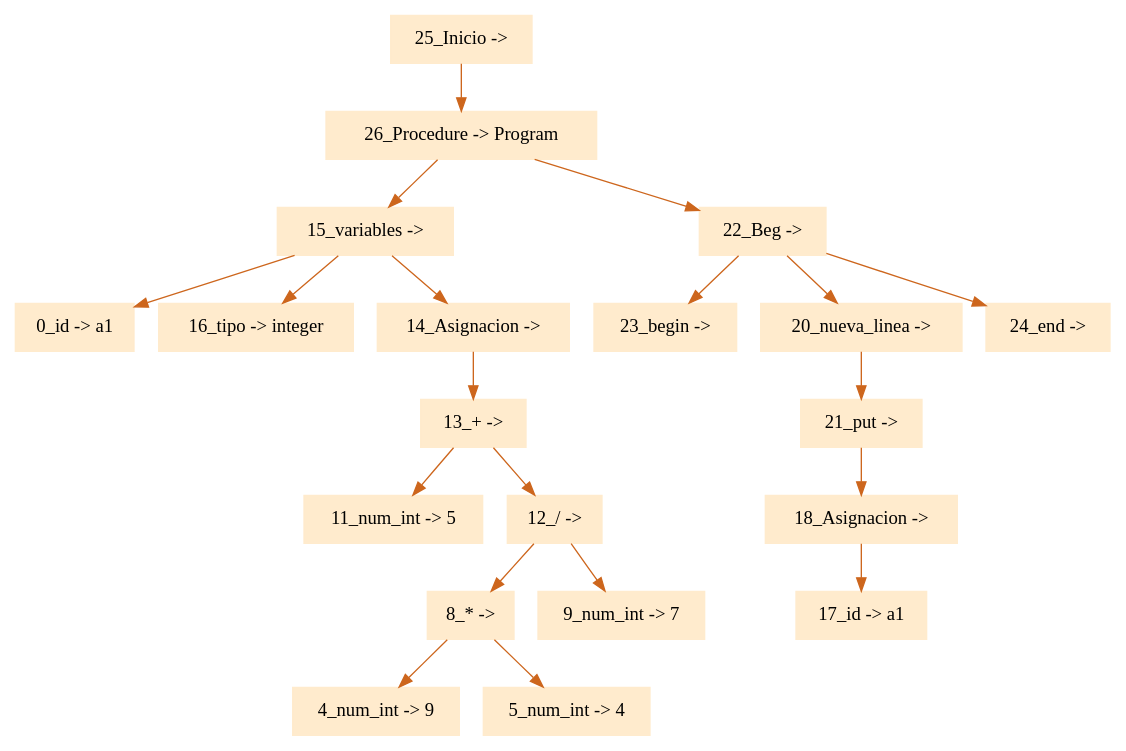
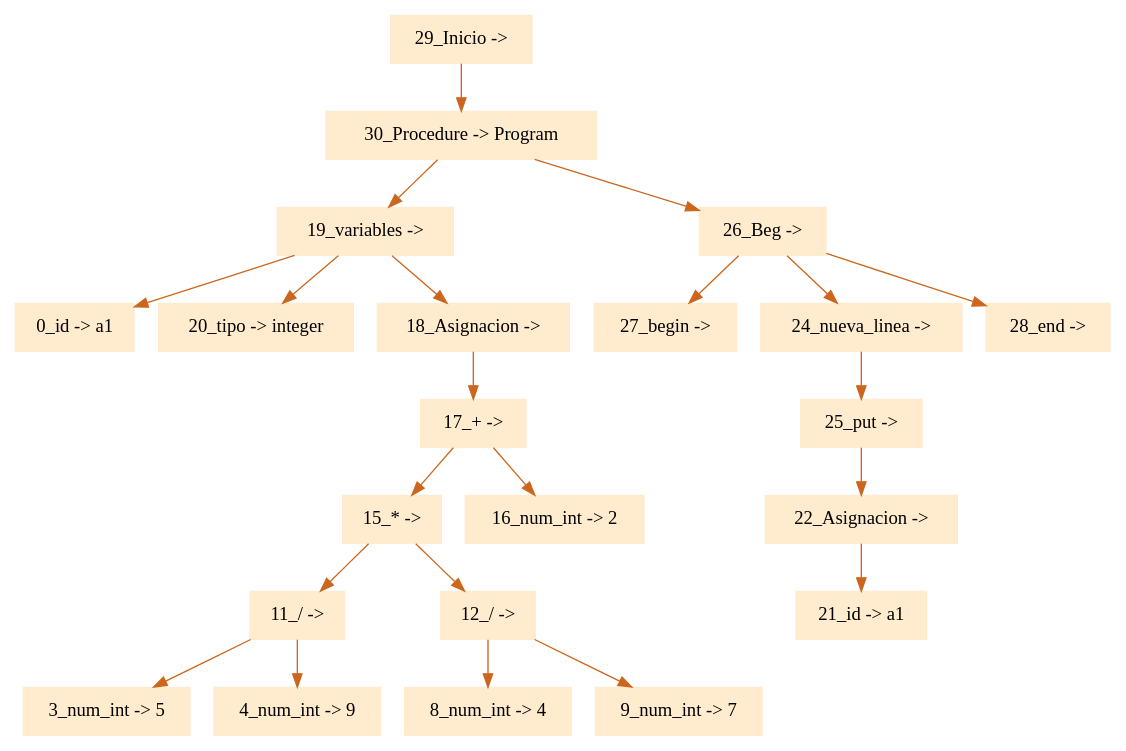
One commit to eliasgz97/Proyecto_Compiladores changed the diagram in ProyectoCompiladores/arbol.dot. Above: the diagram before and after it, drawn with Graphviz. The commit also changed 3 other files, not shown here.

```diff
--- a/ProyectoCompiladores/arbol.dot
+++ b/ProyectoCompiladores/arbol.dot
@@ -1,24 +1,26 @@
 digraph G {node[shape=box, style=filled, color=blanchedalmond]; edge[color=chocolate3];rankdir=UD 
 
-"25_Inicio -> "->"26_Procedure -> Program"
-"26_Procedure -> Program"->"15_variables -> "
-"15_variables -> "->"0_id -> a1"
-"15_variables -> "->"16_tipo -> integer"
-"15_variables -> "->"14_Asignacion -> "
-"14_Asignacion -> "->"13_+ -> "
-"13_+ -> "->"11_num_int -> 5"
-"13_+ -> "->"12_/ -> "
-"12_/ -> "->"8_* -> "
-"8_* -> "->"4_num_int -> 9"
-"8_* -> "->"5_num_int -> 4"
+"29_Inicio -> "->"30_Procedure -> Program"
+"30_Procedure -> Program"->"19_variables -> "
+"19_variables -> "->"0_id -> a1"
+"19_variables -> "->"20_tipo -> integer"
+"19_variables -> "->"18_Asignacion -> "
+"18_Asignacion -> "->"17_+ -> "
+"17_+ -> "->"15_* -> "
+"15_* -> "->"11_/ -> "
+"11_/ -> "->"3_num_int -> 5"
+"11_/ -> "->"4_num_int -> 9"
+"15_* -> "->"12_/ -> "
+"12_/ -> "->"8_num_int -> 4"
 "12_/ -> "->"9_num_int -> 7"
-"26_Procedure -> Program"->"22_Beg -> "
-"22_Beg -> "->"23_begin -> "
-"22_Beg -> "->"20_nueva_linea -> "
-"20_nueva_linea -> "->"21_put -> "
-"21_put -> "->"18_Asignacion -> "
-"18_Asignacion -> "->"17_id -> a1"
-"22_Beg -> "->"24_end -> "
+"17_+ -> "->"16_num_int -> 2"
+"30_Procedure -> Program"->"26_Beg -> "
+"26_Beg -> "->"27_begin -> "
+"26_Beg -> "->"24_nueva_linea -> "
+"24_nueva_linea -> "->"25_put -> "
+"25_put -> "->"22_Asignacion -> "
+"22_Asignacion -> "->"21_id -> a1"
+"26_Beg -> "->"28_end -> "
 
 
 }
```
